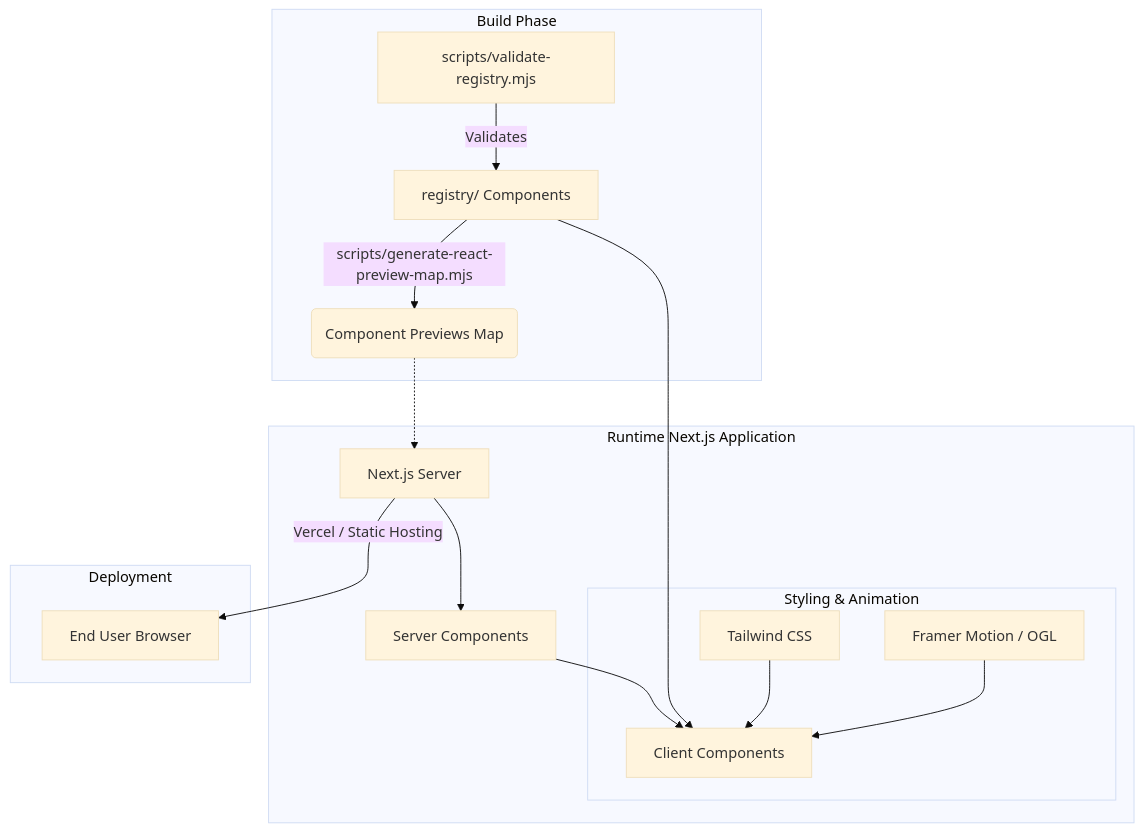
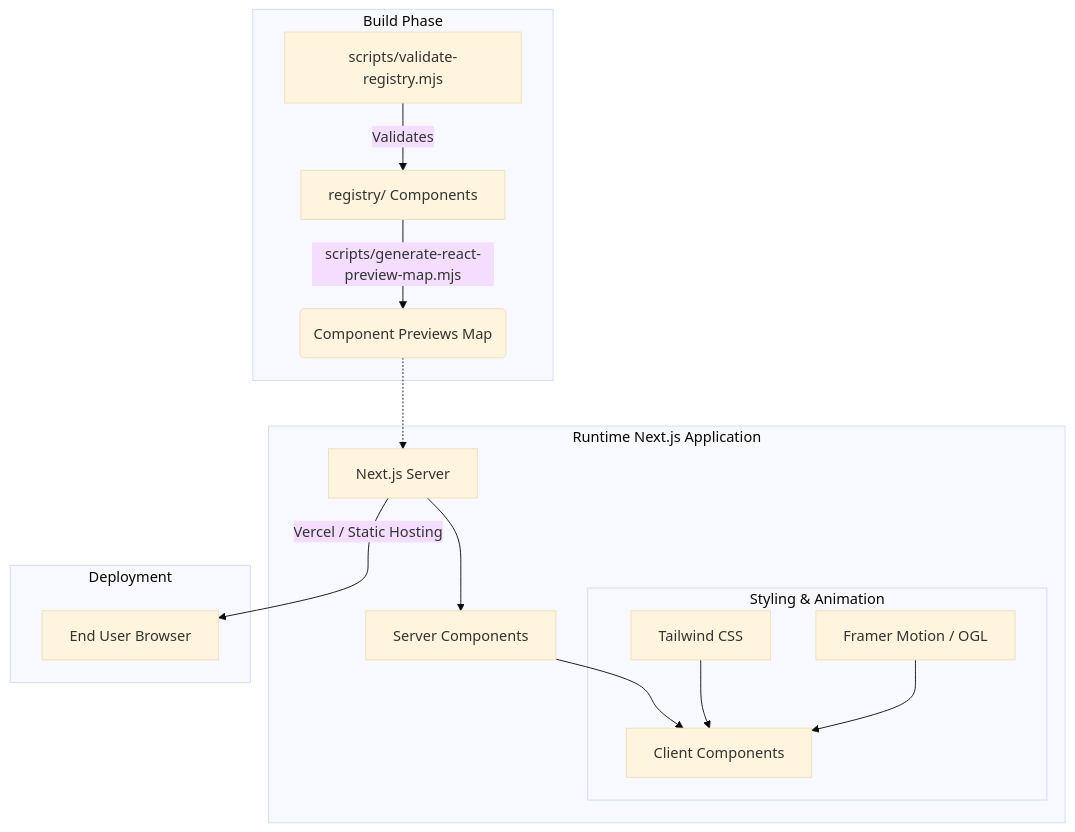
One commit to saiusesgithub/Prism-Bits changed the diagram in ARCHITECTURE.md. Above: the diagram before and after it, drawn with Mermaid (base theme). The commit also changed other lines of this file, not shown here.

Commit message:
docs: clarify SSR behavior and diagram as per CodeRabbit review

````diff
--- a/ARCHITECTURE.md
+++ b/ARCHITECTURE.md
@@ -23,28 +23,26 @@
 ```mermaid
 graph TD
     subgraph Build Phase
         A[registry/ Components] -->|scripts/generate-react-preview-map.mjs| B(Component Previews Map)
         C[scripts/validate-registry.mjs] -->|Validates| A
     end
 
     subgraph Runtime Next.js Application
         D[Next.js Server]
         E[Client Components]
         F[Server Components]
         
         B -.-> D
         D --> F
         F --> E
         
-        A --> E
-        
         subgraph Styling & Animation
             G[Tailwind CSS] --> E
             H[Framer Motion / OGL] --> E
         end
     end
 
     subgraph Deployment
         D -->|Vercel / Static Hosting| I[End User Browser]
     end
 ```
````
